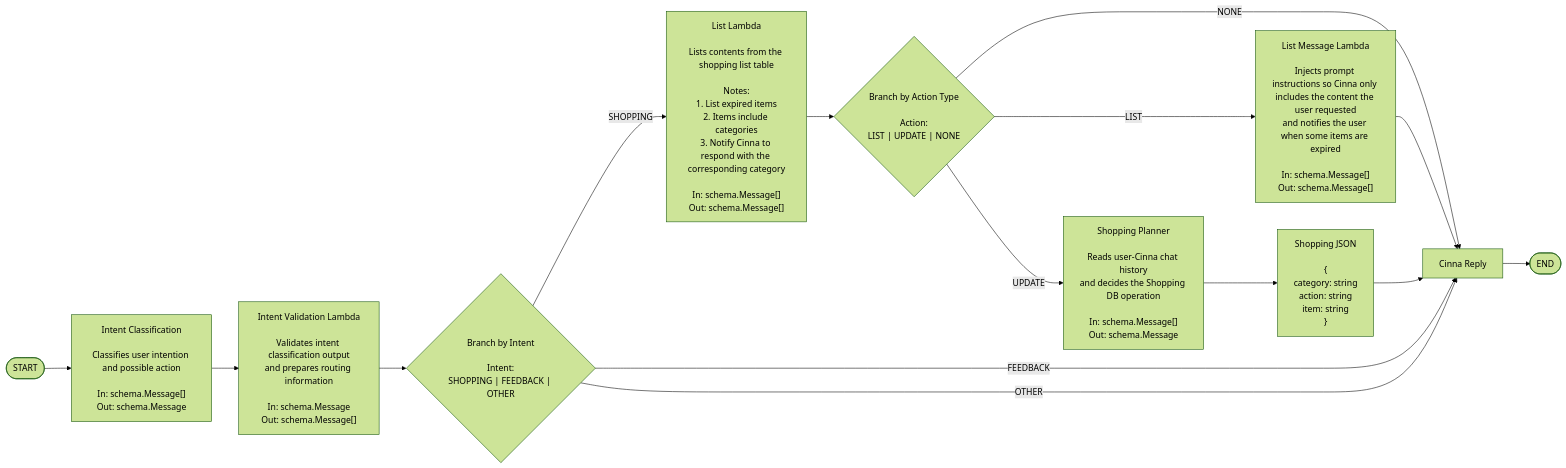
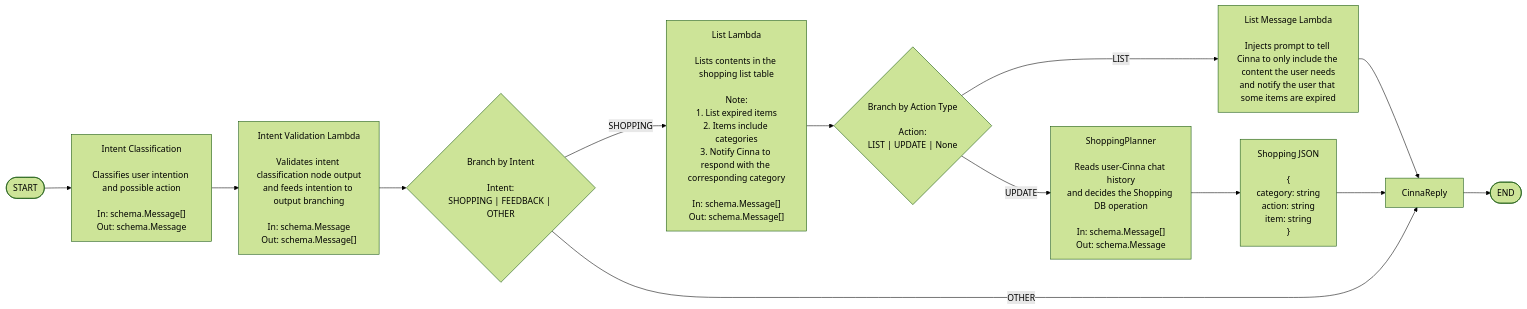
Before and after one commit to akane9506/cinna: the diagram in README.md, drawn with Mermaid (forest theme).

Commit message:
fix agent graph

````diff
--- a/README.md
+++ b/README.md
@@ -9,29 +9,26 @@
 ```mermaid
 flowchart LR
     Start([START]) --> IntentClassifier["Intent Classification<br/><br/>Classifies user intention and possible action<br/><br/>In: schema.Message[]<br/>Out: schema.Message"]
 
-    IntentClassifier --> IntentLambda["Intent Validation Lambda<br/><br/>Validates intent classification output<br/>and prepares routing information<br/><br/>In: schema.Message<br/>Out: schema.Message[]"]
+    IntentClassifier --> IntentLambda["Intent Validation Lambda<br/><br/>Validates intent classification node output<br/>and feeds intention to output branching<br/><br/>In: schema.Message<br/>Out: schema.Message[]"]
 
     IntentLambda --> IntentRouter{"Branch by Intent<br/><br/>Intent:<br/>SHOPPING | FEEDBACK | OTHER"}
 
-    IntentRouter -- SHOPPING --> ListLambda["List Lambda<br/><br/>Lists contents from the shopping list table<br/><br/>Notes:<br/>1. List expired items<br/>2. Items include categories<br/>3. Notify Cinna to respond with the corresponding category<br/><br/>In: schema.Message[]<br/>Out: schema.Message[]"]
+    IntentRouter -- SHOPPING --> ListLambda["List Lambda<br/><br/>Lists contents in the shopping list table<br/><br/>Note:<br/>1. List expired items<br/>2. Items include categories<br/>3. Notify Cinna to respond with the corresponding category<br/><br/>In: schema.Message[]<br/>Out: schema.Message[]"]
 
-    ListLambda --> ActionRouter{"Branch by Action Type<br/><br/>Action:<br/>LIST | UPDATE | NONE"}
+    ListLambda --> ActionRouter{"Branch by Action Type<br/><br/>Action:<br/>LIST | UPDATE | None"}
 
-    ActionRouter -- UPDATE --> ShoppingPlanner["Shopping Planner<br/><br/>Reads user-Cinna chat history<br/>and decides the Shopping DB operation<br/><br/>In: schema.Message[]<br/>Out: schema.Message"]
+    ActionRouter -- UPDATE --> ShoppingPlanner["ShoppingPlanner<br/><br/>Reads user-Cinna chat history<br/>and decides the Shopping DB operation<br/><br/>In: schema.Message[]<br/>Out: schema.Message"]
 
-    ActionRouter -- LIST --> ListMessageLambda["List Message Lambda<br/><br/>Injects prompt instructions so Cinna only includes the content the user requested<br/>and notifies the user when some items are expired<br/><br/>In: schema.Message[]<br/>Out: schema.Message[]"]
+    ActionRouter -- LIST --> ListMessageLambda["List Message Lambda<br/><br/>Injects prompt to tell Cinna to only include the content the user needs<br/>and notify the user that some items are expired"]
 
-    ActionRouter -- NONE --> CinnaReply["Cinna Reply"]
-
-    ListMessageLambda --> CinnaReply
+    ListMessageLambda --> CinnaReply["CinnaReply"]
 
     ShoppingPlanner --> ShoppingOutput["Shopping JSON<br/><br/>{<br/>category: string<br/>action: string<br/>item: string<br/>}"]
 
     ShoppingOutput --> CinnaReply
 
-    IntentRouter -- FEEDBACK --> CinnaReply
     IntentRouter -- OTHER --> CinnaReply
 
     CinnaReply --> End([END])
 ```
````
